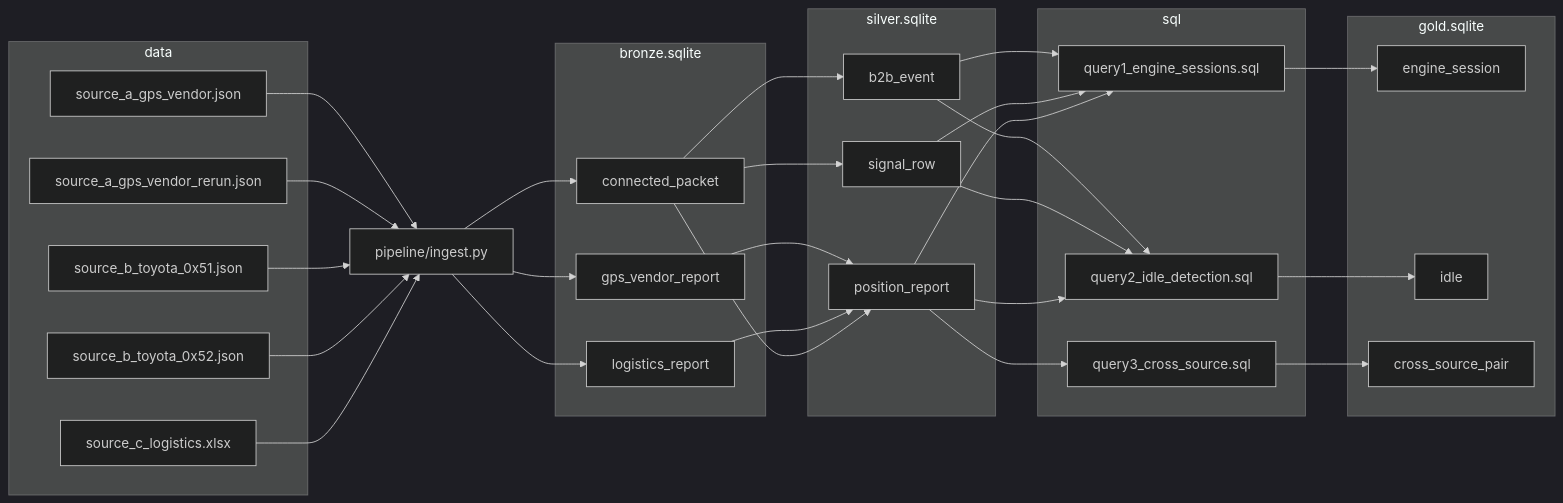
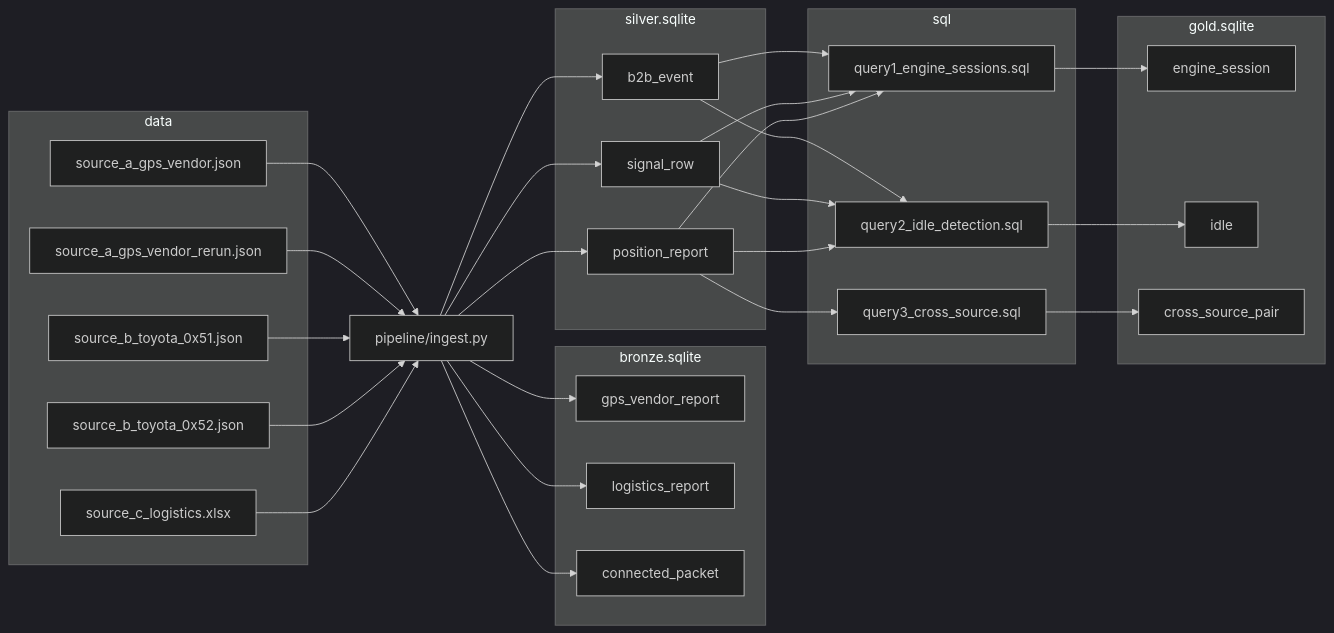
One commit to devruji/harborline-telemetry changed the diagram in README.md. Above: the diagram before and after it, drawn with Mermaid (dark theme). The commit also changed other lines of this file, not shown here.

````diff
--- a/README.md
+++ b/README.md
@@ -97,54 +99,52 @@
 ```mermaid
 flowchart LR
     subgraph data [data]
         gpsA["source_a_gps_vendor.json"]
         gpsRerun["source_a_gps_vendor_rerun.json"]
         pkt51["source_b_toyota_0x51.json"]
         pkt52["source_b_toyota_0x52.json"]
         logx["source_c_logistics.xlsx"]
     end
     ingest["pipeline/ingest.py"]
     subgraph bronze [bronze.sqlite]
         gpsVendorReport[gps_vendor_report]
         logisticsReport[logistics_report]
         connectedPacket[connected_packet]
     end
     subgraph silver [silver.sqlite]
         positionReport[position_report]
         b2bEvent[b2b_event]
         signalRow[signal_row]
     end
     subgraph sqlScripts [sql]
         q1["query1_engine_sessions.sql"]
         q2["query2_idle_detection.sql"]
         q3["query3_cross_source.sql"]
     end
     subgraph gold [gold.sqlite]
         engineSession[engine_session]
         idleTable[idle]
         crossSourcePair[cross_source_pair]
     end
     gpsA --> ingest
     gpsRerun --> ingest
     pkt51 --> ingest
     pkt52 --> ingest
     logx --> ingest
     ingest --> gpsVendorReport
     ingest --> logisticsReport
     ingest --> connectedPacket
-    gpsVendorReport --> positionReport
-    logisticsReport --> positionReport
-    connectedPacket --> positionReport
-    connectedPacket --> b2bEvent
-    connectedPacket --> signalRow
+    ingest --> positionReport
+    ingest --> b2bEvent
+    ingest --> signalRow
     b2bEvent --> q1
     signalRow --> q1
     positionReport --> q1
     b2bEvent --> q2
     signalRow --> q2
     positionReport --> q2
     positionReport --> q3
     q1 --> engineSession
     q2 --> idleTable
     q3 --> crossSourcePair
 ```
````
